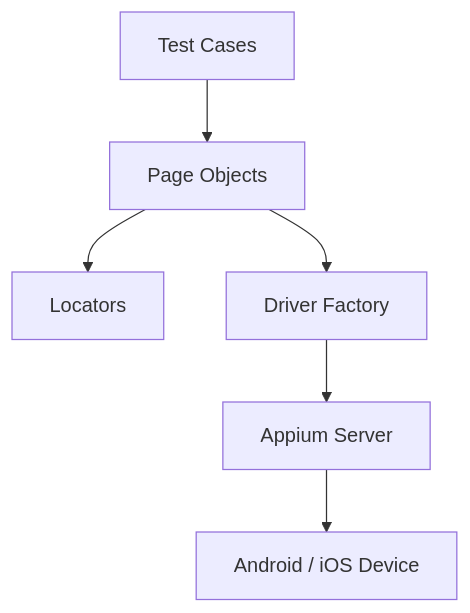
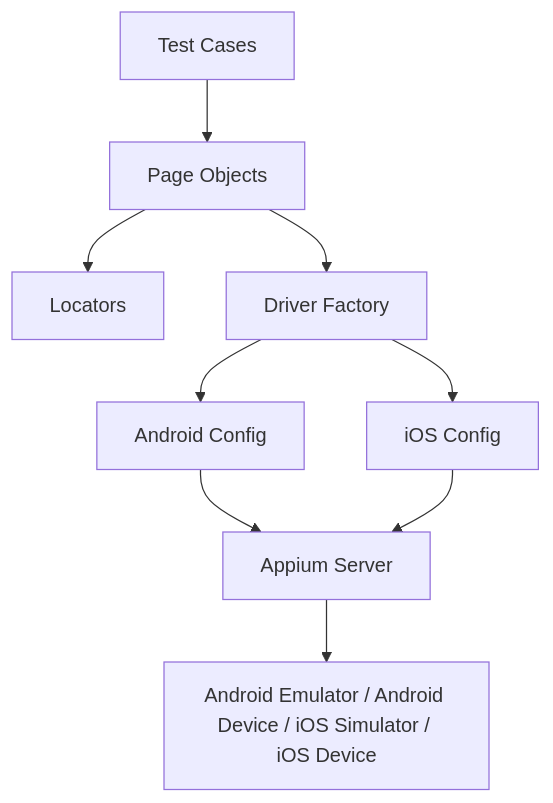
The first of 2 diagrams in README.md (naufalazhar65/MOBILE-AUTOMATION-PYTHON), drawn with Mermaid before and after one commit. The commit also changed other lines of this file and 23 other files, not shown here.

````diff
--- a/README.md
+++ b/README.md
@@ -104,16 +127,21 @@
 ```mermaid
 flowchart TD
 
 A[Test Cases]
 B[Page Objects]
 C[Locators]
 D[Driver Factory]
-E[Appium Server]
-F[Android / iOS Device]
+E[Android Config]
+F[iOS Config]
+G[Appium Server]
+H[Android Emulator / Android Device / iOS Simulator / iOS Device]
 
 A --> B
 B --> C
 B --> D
 D --> E
-E --> F
+D --> F
+E --> G
+F --> G
+G --> H
 ```
````
